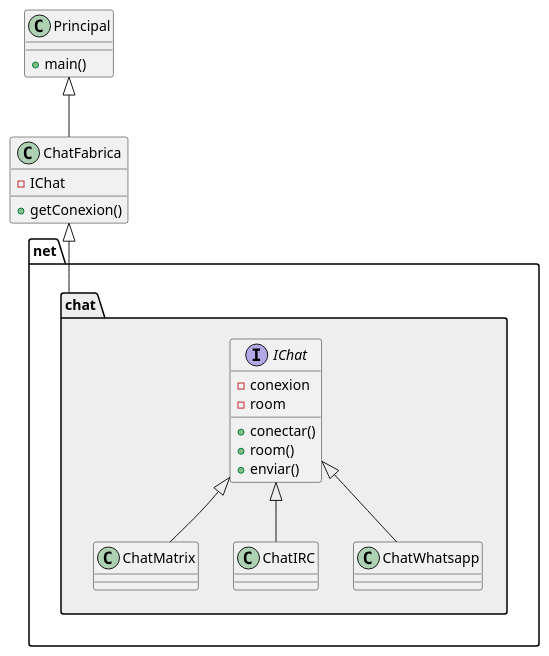
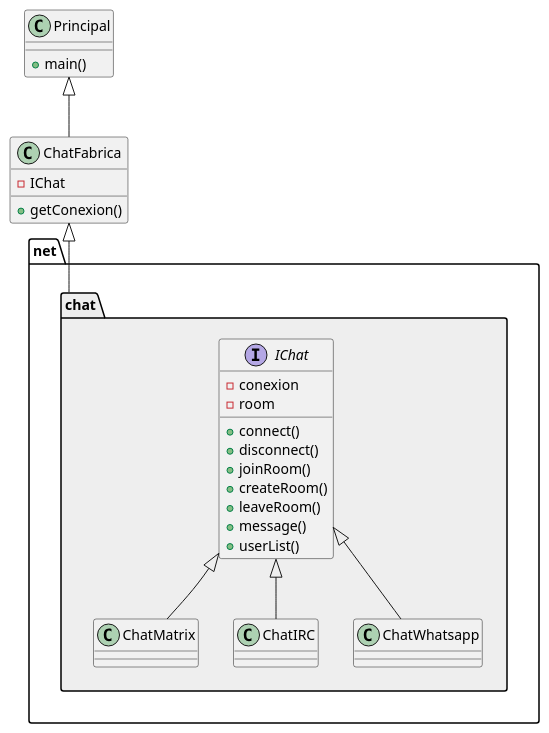
One commit to Marcelo1180/pychatcli changed the diagram in docs/clases.puml. Above: the diagram before and after it, drawn with PlantUML. The commit also changed 4 other files, not shown here.

```diff
--- a/docs/clases.puml
+++ b/docs/clases.puml
@@ -1,29 +1,33 @@
 @startuml
 
 namespace net.chat #EEEEEE {
   interface IChat {
     -conexion
     -room
-    +conectar()
-    +room()
-    +enviar()
+    +connect()
+    +disconnect()
+    +joinRoom()
+    +createRoom()
+    +leaveRoom()
+    +message()
+    +userList()
   }
   IChat <|-- ChatMatrix
   IChat <|-- ChatIRC
   IChat <|-- ChatWhatsapp
 }
 
 class ChatFabrica {
   -IChat
   +getConexion()
 }
 
 ChatFabrica <|-- net.chat
 
 class Principal {
   +main()
 }
 
 Principal <|-- ChatFabrica
 
 @enduml
```
